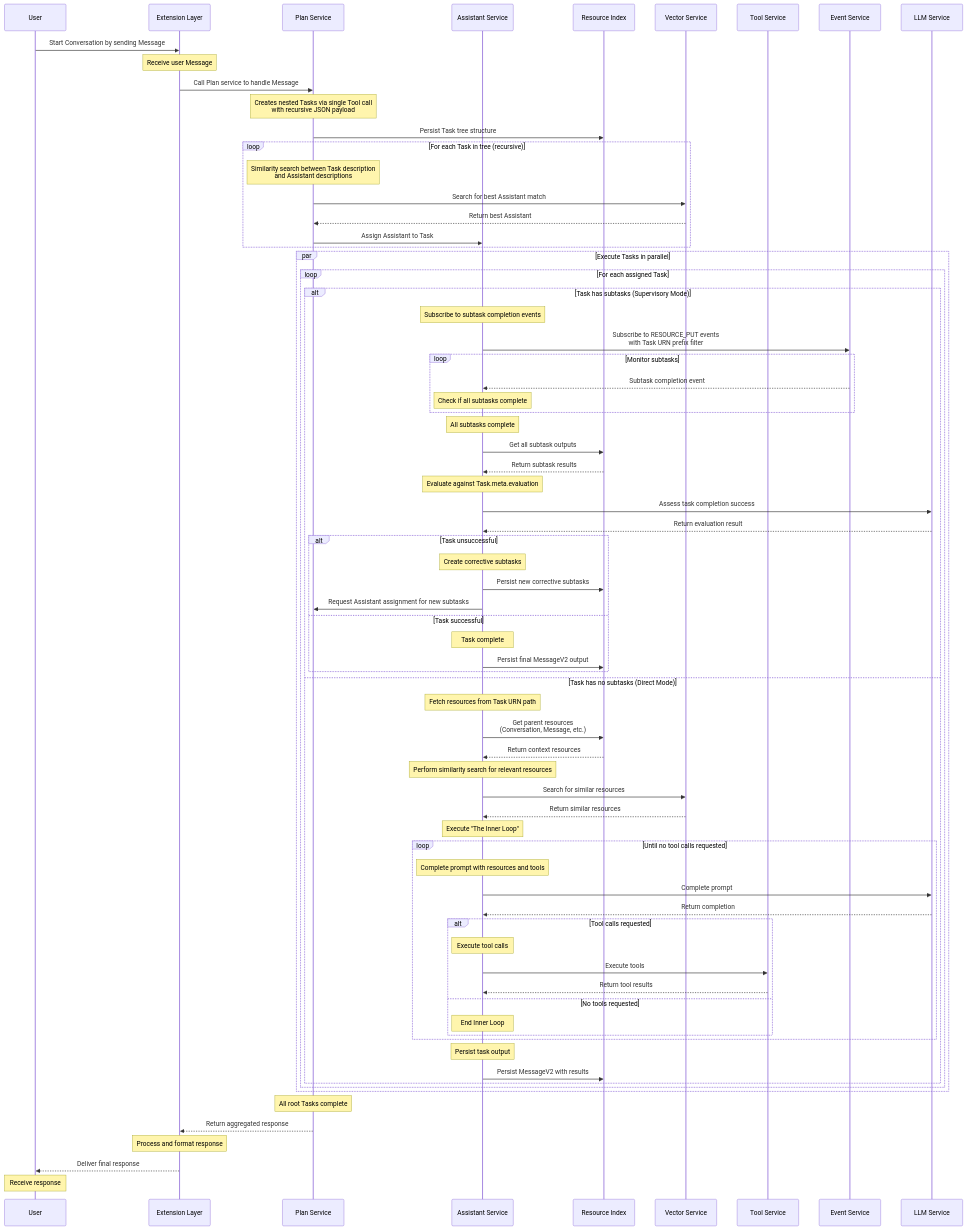
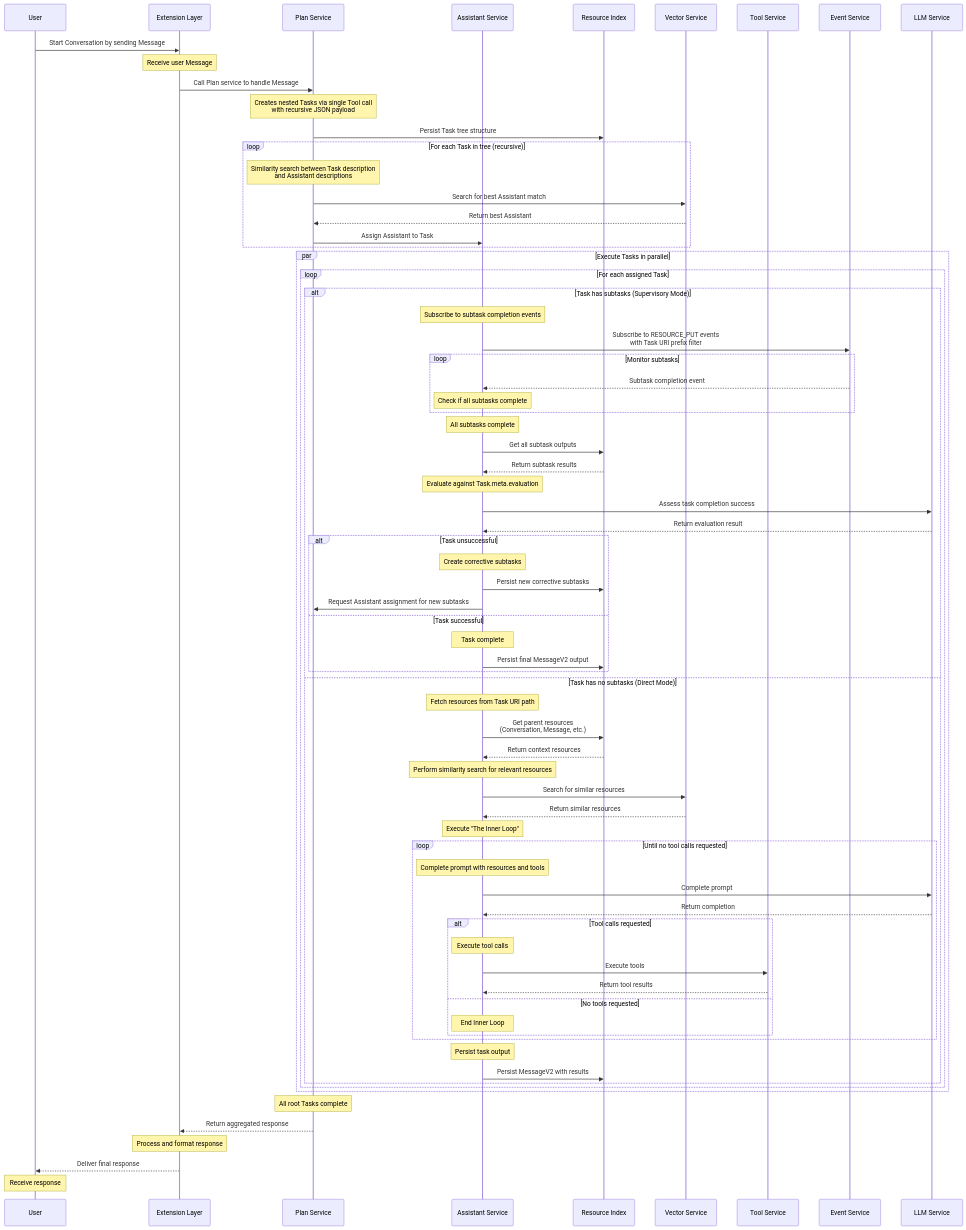
The diagram in TODO.md (copilot-ld/copilot-ld), drawn with Mermaid before and after one commit. The commit also changed other lines of this file and 68 other files, not shown here.

```diff
--- a/TODO.md
+++ b/TODO.md
@@ -218,7 +218,7 @@
         loop For each assigned Task
             alt Task has subtasks (Supervisory Mode)
                 Note over Asst: Subscribe to subtask completion events
-                Asst->>Event: Subscribe to RESOURCE_PUT events<br/>with Task URN prefix filter
+                Asst->>Event: Subscribe to RESOURCE_PUT events<br/>with Task URI prefix filter
 
                 loop Monitor subtasks
                     Event-->>Asst: Subtask completion event
@@ -244,7 +244,7 @@
 
             else Task has no subtasks (Direct Mode)
                 %% Fetch task context
-                Note over Asst: Fetch resources from Task URN path
+                Note over Asst: Fetch resources from Task URI path
                 Asst->>Resource: Get parent resources<br/>(Conversation, Message, etc.)
                 Resource-->>Asst: Return context resources
 
```
